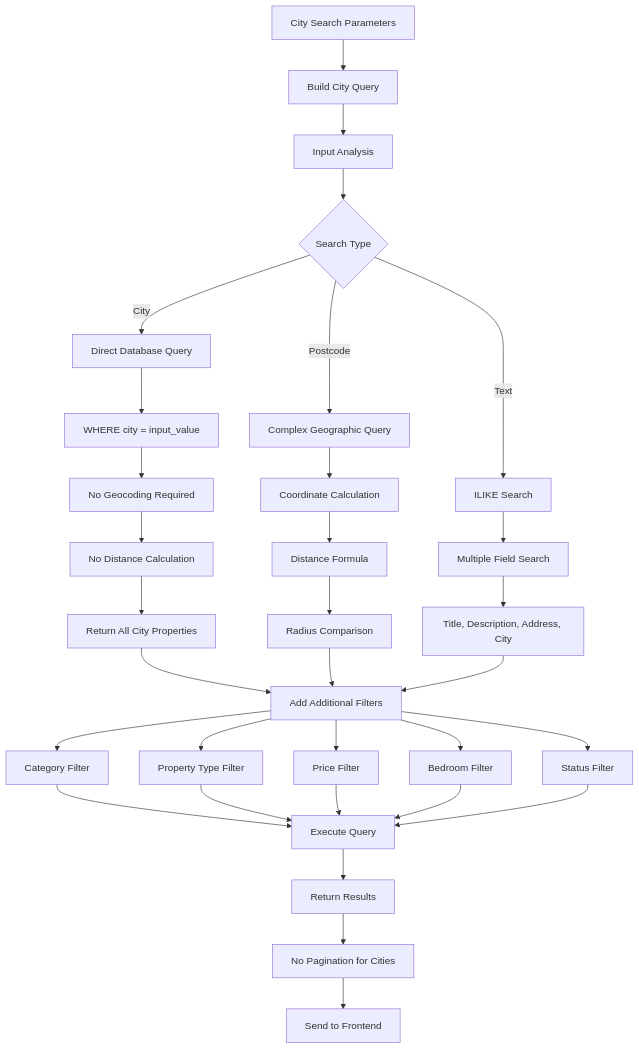
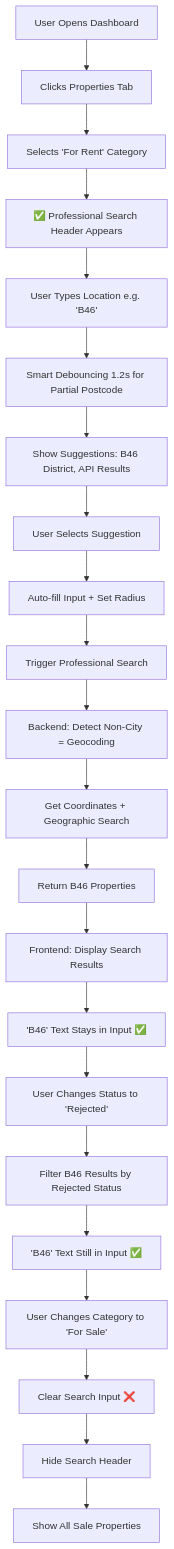
The tenth of 10 diagrams in PROFESSIONAL_SEARCH_FLOWCHART.md (FatemRahimi/Poperty-App), drawn with Mermaid before and after one commit. The commit also changed other lines of this file and 1 other file, not shown here.

````diff
--- a/PROFESSIONAL_SEARCH_FLOWCHART.md
+++ b/PROFESSIONAL_SEARCH_FLOWCHART.md
@@ -326,43 +246,30 @@
 ```mermaid
 flowchart TD
-    A[City Search Parameters] --> B[Build City Query]
+    A[User Opens Dashboard] --> B[Clicks Properties Tab]
+    B --> C[Selects 'For Rent' Category]
+    C --> D[✅ Professional Search Header Appears]
     
-    B --> C[Input Analysis]
-    C --> D{Search Type}
+    D --> E[User Types Location e.g. 'B46']
+    E --> F[Smart Debouncing 1.2s for Partial Postcode]
+    F --> G[Show Suggestions: B46 District, API Results]
     
-    D -->|City| E[Direct Database Query]
-    D -->|Postcode| F[Complex Geographic Query]
-    D -->|Text| G[ILIKE Search]
+    G --> H[User Selects Suggestion]
+    H --> I[Auto-fill Input + Set Radius]
+    I --> J[Trigger Professional Search]
     
-    E --> H[WHERE city = input_value]
-    H --> I[No Geocoding Required]
-    I --> J[No Distance Calculation]
-    J --> K[Return All City Properties]
+    J --> K[Backend: Detect Non-City = Geocoding]
+    K --> L[Get Coordinates + Geographic Search]
+    L --> M[Return B46 Properties]
     
-    F --> L[Coordinate Calculation]
-    L --> M[Distance Formula]
-    M --> N[Radius Comparison]
+    M --> N[Frontend: Display Search Results]
+    N --> O['B46' Text Stays in Input ✅]
     
-    G --> O[Multiple Field Search]
-    O --> P[Title, Description, Address, City]
+    O --> P[User Changes Status to 'Rejected']
+    P --> Q[Filter B46 Results by Rejected Status]
+    Q --> R['B46' Text Still in Input ✅]
     
-    K --> Q[Add Additional Filters]
-    N --> Q
-    P --> Q
-    
-    Q --> R[Category Filter]
-    Q --> S[Property Type Filter]
-    Q --> T[Price Filter]
-    Q --> U[Bedroom Filter]
-    Q --> V[Status Filter]
-    
-    R --> W[Execute Query]
-    S --> W
-    T --> W
-    U --> W
-    V --> W
-    
-    W --> X[Return Results]
-    X --> Y[No Pagination for Cities]
-    Y --> Z[Send to Frontend]
+    R --> S[User Changes Category to 'For Sale']
+    S --> T[Clear Search Input ❌]
+    T --> U[Hide Search Header]
+    U --> V[Show All Sale Properties]
 ```
````
